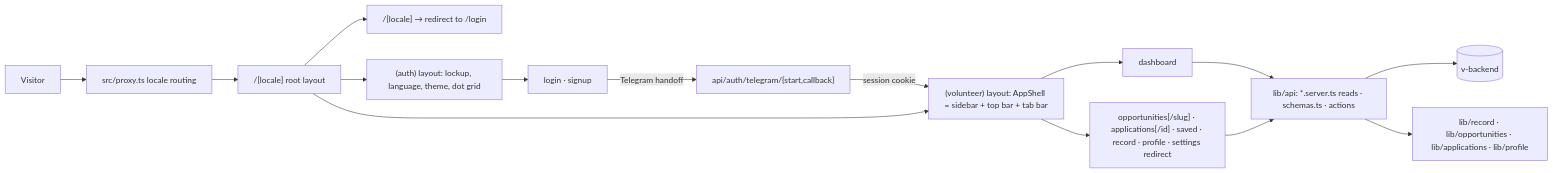
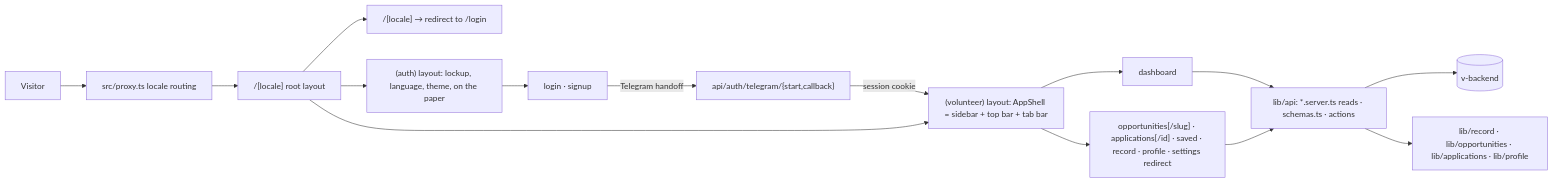
One commit to volontyorlarOrg/v-app changed the diagram in docs/architecture/ARCHITECTURE.md. Above: the diagram before and after it, drawn with Mermaid. The commit also changed 8 other files, not shown here.

````diff
--- a/docs/architecture/ARCHITECTURE.md
+++ b/docs/architecture/ARCHITECTURE.md
@@ -11,17 +11,17 @@
 ```mermaid
 flowchart LR
   Visitor --> Proxy[src/proxy.ts locale routing]
   Proxy --> Locale["/[locale] root layout"]
   Locale --> Root["/[locale] → redirect to /login"]
-  Locale --> Auth["(auth) layout: lockup, language, theme, dot grid"]
+  Locale --> Auth["(auth) layout: lockup, language, theme, on the paper"]
   Auth --> AuthPages["login · signup"]
   AuthPages -- Telegram handoff --> Handlers["api/auth/telegram/{start,callback}"]
   Handlers -- session cookie --> Panel
   Locale --> Panel["(volunteer) layout: AppShell = sidebar + top bar + tab bar"]
   Panel --> Dashboard["dashboard"]
   Panel --> Sections["opportunities[/slug] · applications[/id] · saved · record · profile · settings redirect"]
   Dashboard --> Api["lib/api: *.server.ts reads · schemas.ts · actions"]
   Sections --> Api
   Api --> Backend[("v-backend")]
   Api --> Rules["lib/record · lib/opportunities · lib/applications · lib/profile"]
 ```
````
